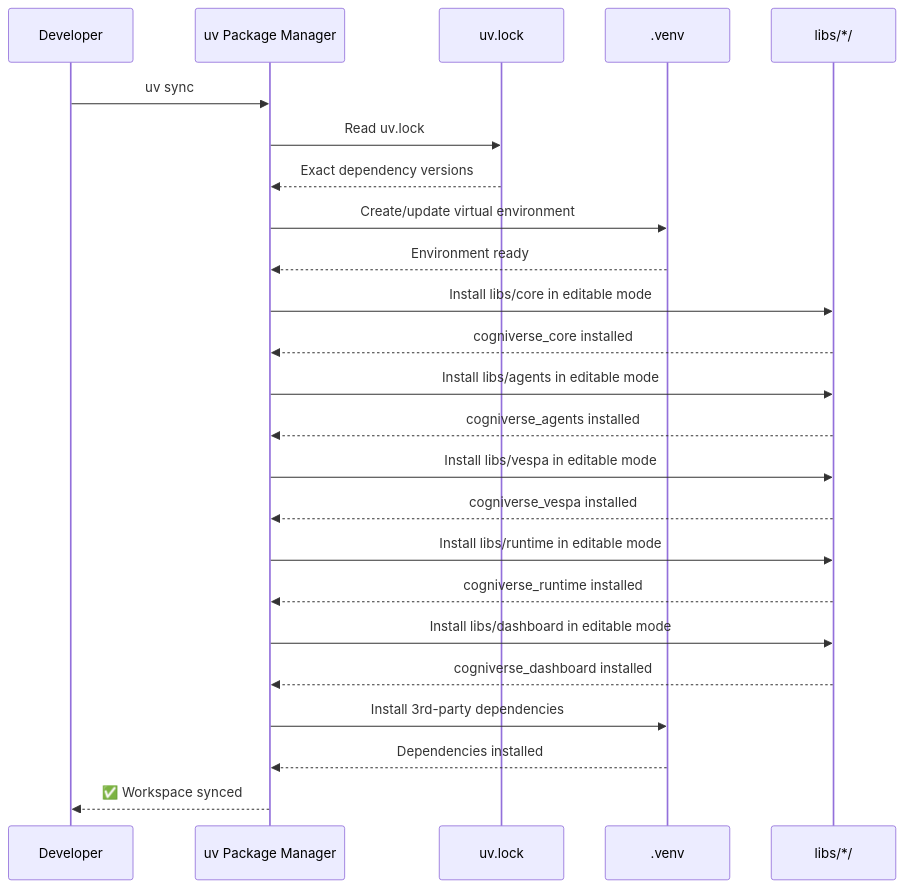
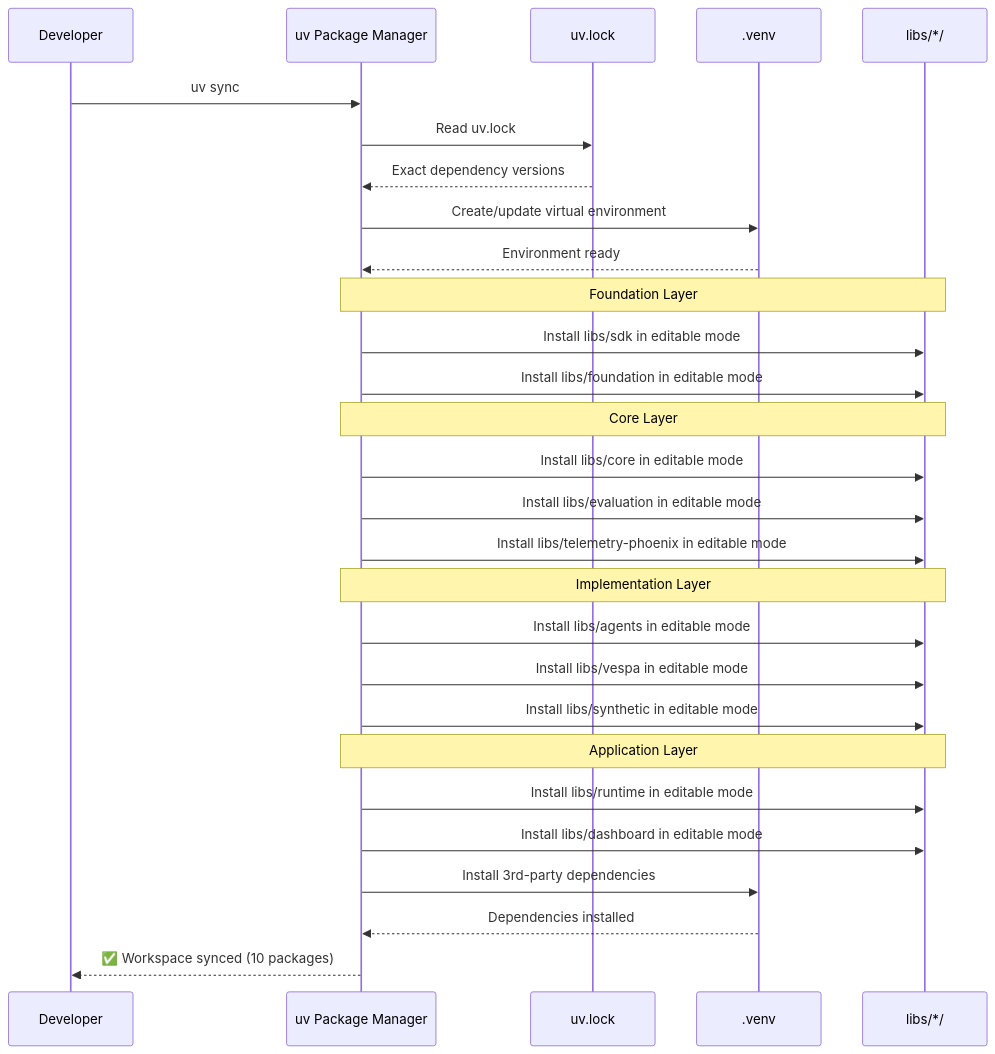
Diagram 15 of 17 in docs/diagrams/sdk-architecture-diagrams.md (amit-jain/cogniverse), drawn with Mermaid before and after one commit. The commit also changed other lines of this file and 49 other files, not shown here.

First line of the commit message:
Update all documentation to reflect 10-package architecture

````diff
--- a/docs/diagrams/sdk-architecture-diagrams.md
+++ b/docs/diagrams/sdk-architecture-diagrams.md
@@ -557,35 +762,38 @@
 ```mermaid
 sequenceDiagram
     participant Dev as Developer
     participant UV as uv Package Manager
     participant Lock as uv.lock
     participant VEnv as .venv
     participant Packages as libs/*/
 
     Dev->>UV: uv sync
     UV->>Lock: Read uv.lock
     Lock-->>UV: Exact dependency versions
 
     UV->>VEnv: Create/update virtual environment
     VEnv-->>UV: Environment ready
 
+    Note over UV,Packages: Foundation Layer
+    UV->>Packages: Install libs/sdk in editable mode
+    UV->>Packages: Install libs/foundation in editable mode
+
+    Note over UV,Packages: Core Layer
     UV->>Packages: Install libs/core in editable mode
-    Packages-->>UV: cogniverse_core installed
+    UV->>Packages: Install libs/evaluation in editable mode
+    UV->>Packages: Install libs/telemetry-phoenix in editable mode
 
+    Note over UV,Packages: Implementation Layer
     UV->>Packages: Install libs/agents in editable mode
-    Packages-->>UV: cogniverse_agents installed
+    UV->>Packages: Install libs/vespa in editable mode
+    UV->>Packages: Install libs/synthetic in editable mode
 
-    UV->>Packages: Install libs/vespa in editable mode
-    Packages-->>UV: cogniverse_vespa installed
-
+    Note over UV,Packages: Application Layer
     UV->>Packages: Install libs/runtime in editable mode
-    Packages-->>UV: cogniverse_runtime installed
-
     UV->>Packages: Install libs/dashboard in editable mode
-    Packages-->>UV: cogniverse_dashboard installed
 
     UV->>VEnv: Install 3rd-party dependencies
     VEnv-->>UV: Dependencies installed
 
-    UV-->>Dev: ✅ Workspace synced
+    UV-->>Dev: ✅ Workspace synced (10 packages)
 ```
````
